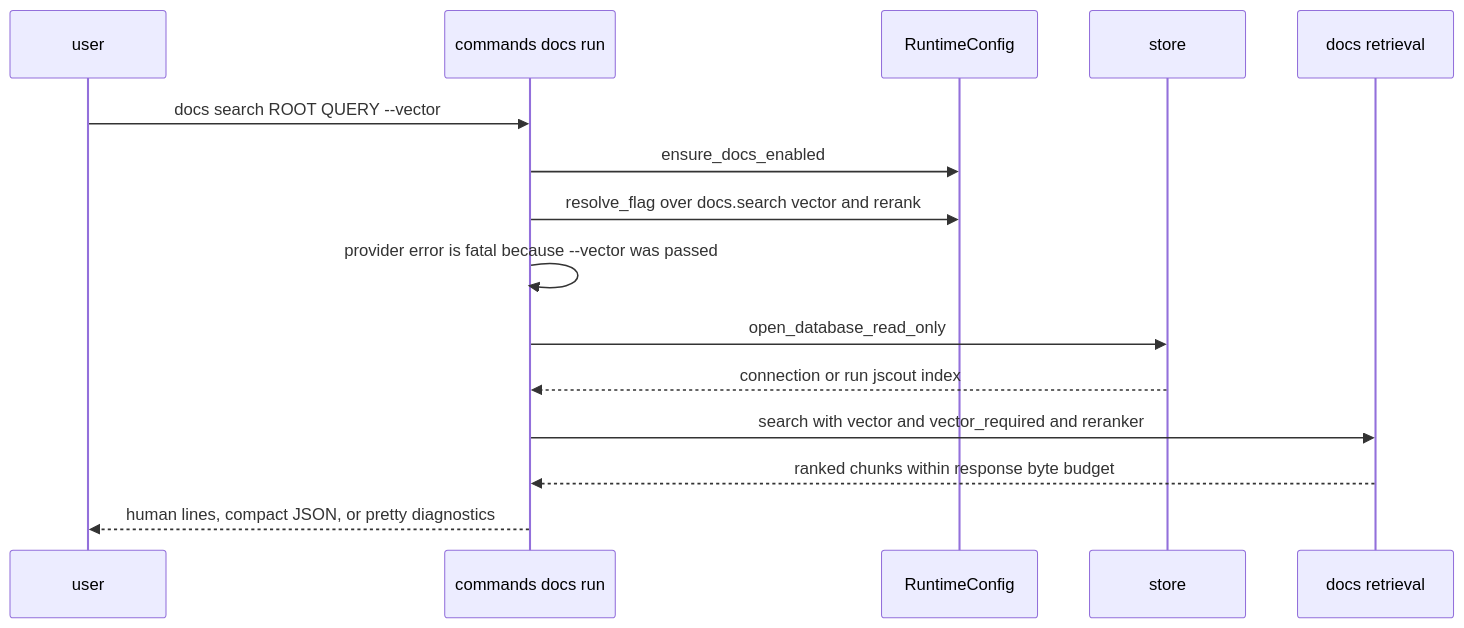
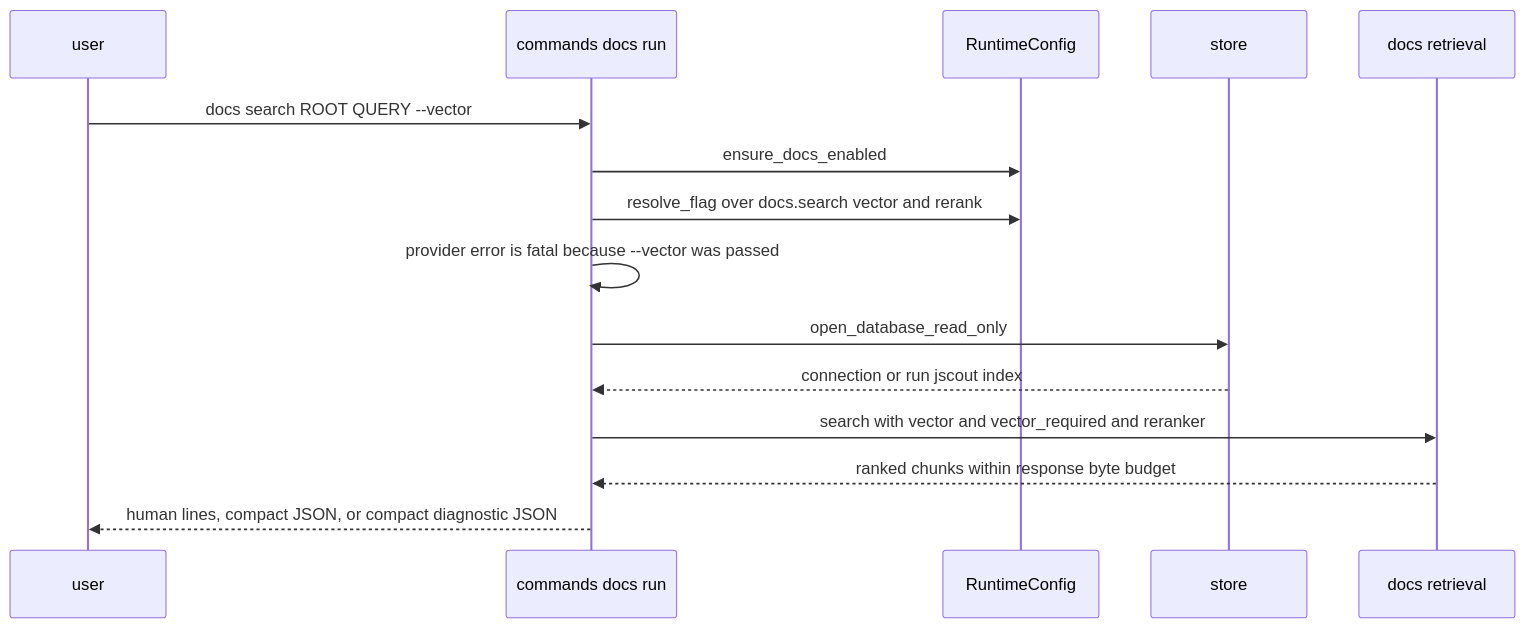
Before and after one commit to iantocristian/jscout: the second of 2 diagrams in docs/codebase-analysis/13-cli-and-commands.md, drawn with Mermaid. The commit also changed other lines of this file and 10 other files, not shown here.

Commit message:
docs: refresh architecture analysis for plane identities

````diff
--- a/docs/codebase-analysis/13-cli-and-commands.md
+++ b/docs/codebase-analysis/13-cli-and-commands.md
@@ -104,17 +104,17 @@
 ```mermaid
 sequenceDiagram
   participant U as user
   participant D as commands docs run
   participant C as RuntimeConfig
   participant S as store
   participant R as docs retrieval
   U->>D: docs search ROOT QUERY --vector
   D->>C: ensure_docs_enabled
   D->>C: resolve_flag over docs.search vector and rerank
   D->>D: provider error is fatal because --vector was passed
   D->>S: open_database_read_only
   S-->>D: connection or run jscout index
   D->>R: search with vector and vector_required and reranker
   R-->>D: ranked chunks within response byte budget
-  D-->>U: human lines, compact JSON, or pretty diagnostics
+  D-->>U: human lines, compact JSON, or compact diagnostic JSON
 ```
````
